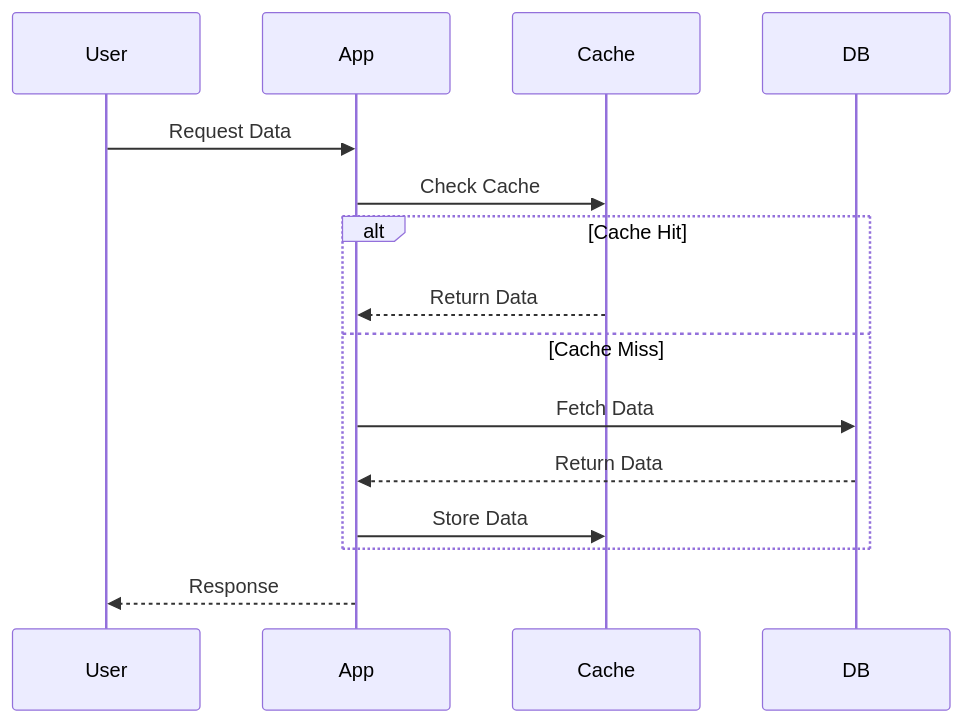
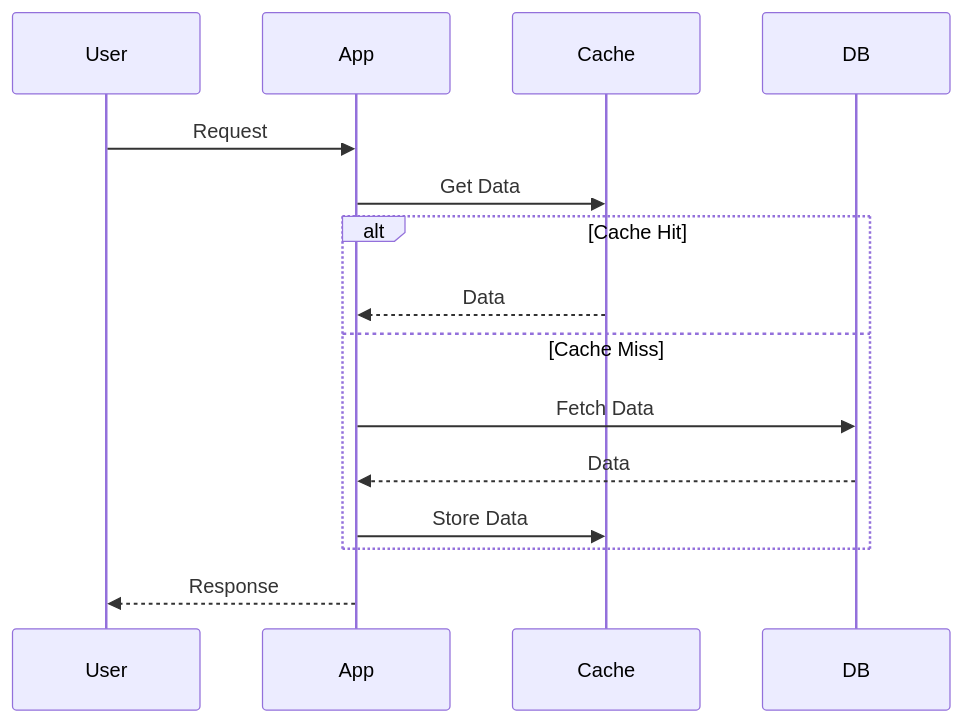
One commit to spandit230496/design_pattern changed the second of 10 diagrams in HLD/Concepts/Caching/readme.md. Above: the diagram before and after it, drawn with Mermaid. The commit also changed other lines of this file, not shown here.

Commit message:
add:cache design

````diff
--- a/HLD/Concepts/Caching/readme.md
+++ b/HLD/Concepts/Caching/readme.md
@@ -66,20 +47,20 @@
 ```mermaid
 sequenceDiagram
     participant User
     participant App
     participant Cache
     participant DB
 
-    User->>App: Request Data
-    App->>Cache: Check Cache
+    User->>App: Request
+    App->>Cache: Get Data
 
     alt Cache Hit
-        Cache-->>App: Return Data
+        Cache-->>App: Data
     else Cache Miss
         App->>DB: Fetch Data
-        DB-->>App: Return Data
+        DB-->>App: Data
         App->>Cache: Store Data
     end
 
     App-->>User: Response
 ```
````
